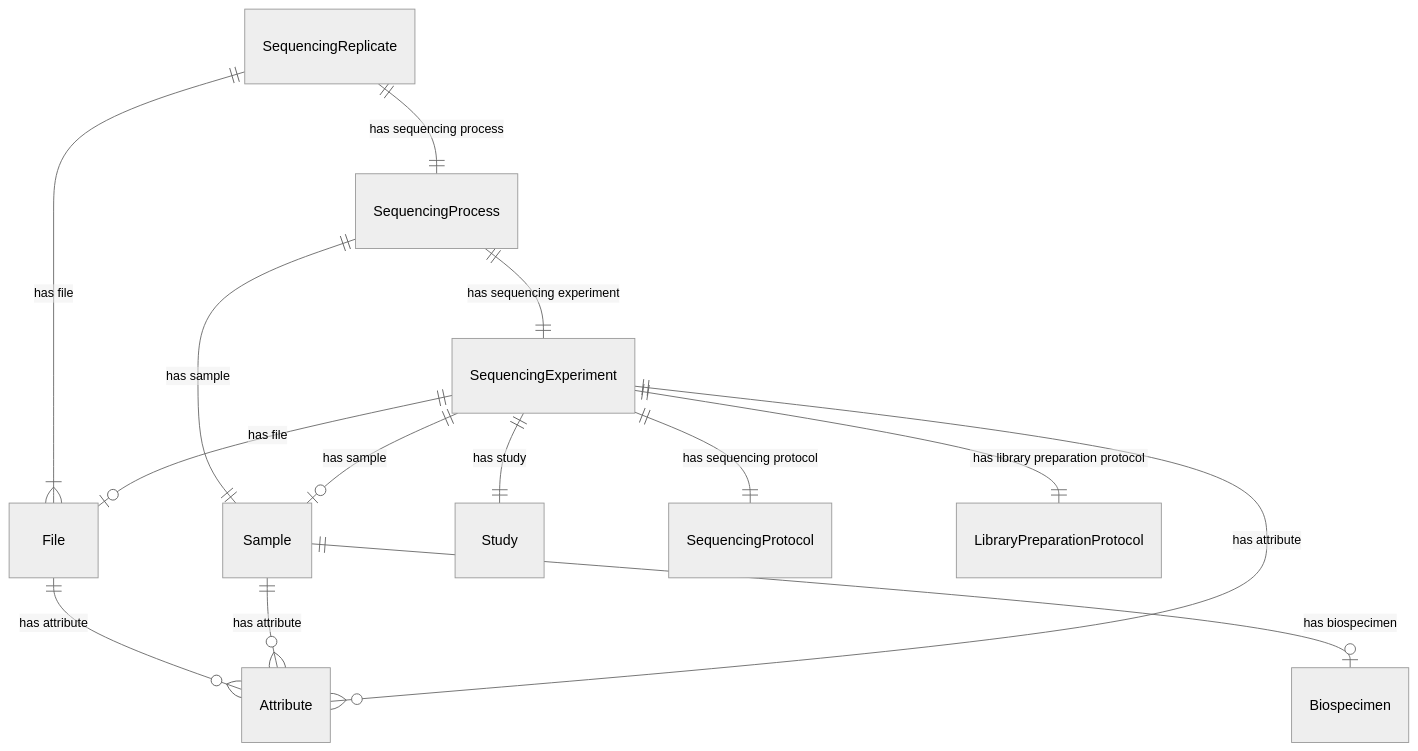
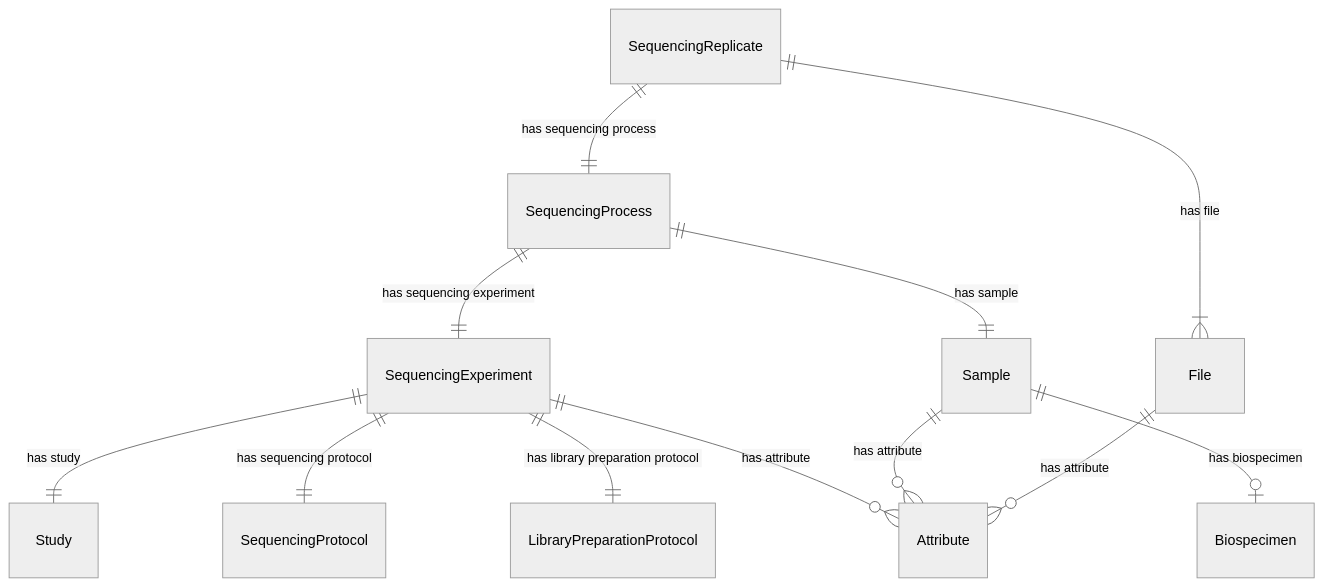
Before and after one commit to ghga-de/ghga-metadata-schema: the third of 3 diagrams in docs/entity_relations.md, drawn with Mermaid (neutral theme). The commit also changed other lines of this file, not shown here.

````diff
--- a/docs/entity_relations.md
+++ b/docs/entity_relations.md
@@ -174,33 +172,31 @@
 ```mermaid
 erDiagram
 SequencingReplicate {
 
 }
 SequencingProcess {
 
 }
 File {
 
 }
 Sample {
 
 }
 SequencingExperiment {
 
 }
 
 SequencingReplicate ||--}| File : "has file"
 SequencingReplicate ||--|| SequencingProcess : "has sequencing process"
 SequencingProcess ||--|| SequencingExperiment : "has sequencing experiment"
 SequencingProcess ||--|| Sample : "has sample"
 File ||--}o Attribute : "has attribute"
 Sample ||--|o Biospecimen : "has biospecimen"
 Sample ||--}o Attribute : "has attribute"
 SequencingExperiment ||--|| Study : "has study"
-SequencingExperiment ||--|o Sample : "has sample"
-SequencingExperiment ||--|o File : "has file"
 SequencingExperiment ||--|| SequencingProtocol : "has sequencing protocol"
 SequencingExperiment ||--|| LibraryPreparationProtocol : "has library preparation protocol"
 SequencingExperiment ||--}o Attribute : "has attribute"
 
 ```
````
